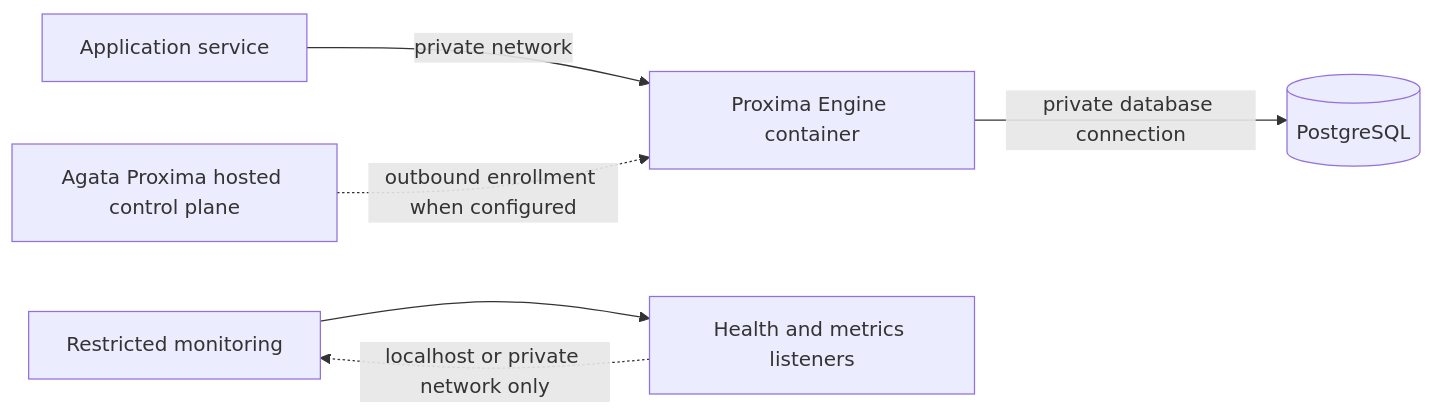
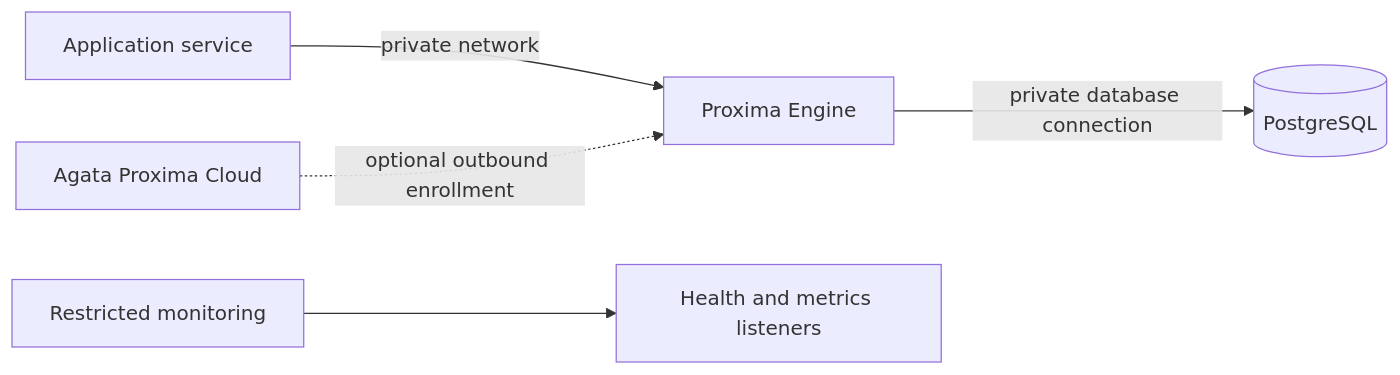
Before and after one commit to Agata-Proxima/proxima-engine: the diagram in docs/DEPLOYMENT.md, drawn with Mermaid. The commit also changed other lines of this file and 23 other files, not shown here.

First line of the commit message:
Audit and reorganize Proxima Engine documentation

````diff
--- a/docs/DEPLOYMENT.md
+++ b/docs/DEPLOYMENT.md
@@ -7,8 +7,7 @@
 ```mermaid
 flowchart LR
-  App[Application service] -->|private network| Engine[Proxima Engine container]
+  App[Application service] -->|private network| Engine[Proxima Engine]
   Engine -->|private database connection| DB[(PostgreSQL)]
   Monitor[Restricted monitoring] --> Health[Health and metrics listeners]
-  Health -. localhost or private network only .-> Monitor
-  Cloud[Agata Proxima hosted control plane] -. outbound enrollment when configured .-> Engine
+  Cloud[Agata Proxima Cloud] -. optional outbound enrollment .-> Engine
 ```
````
